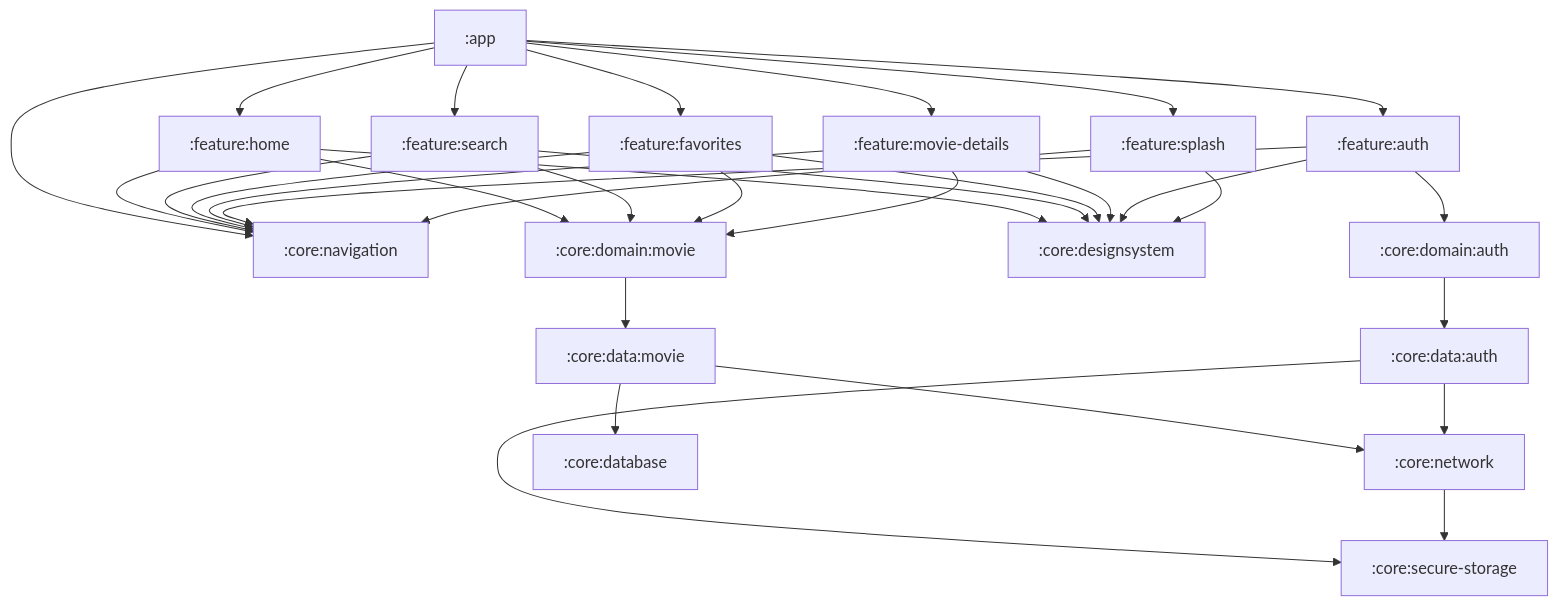
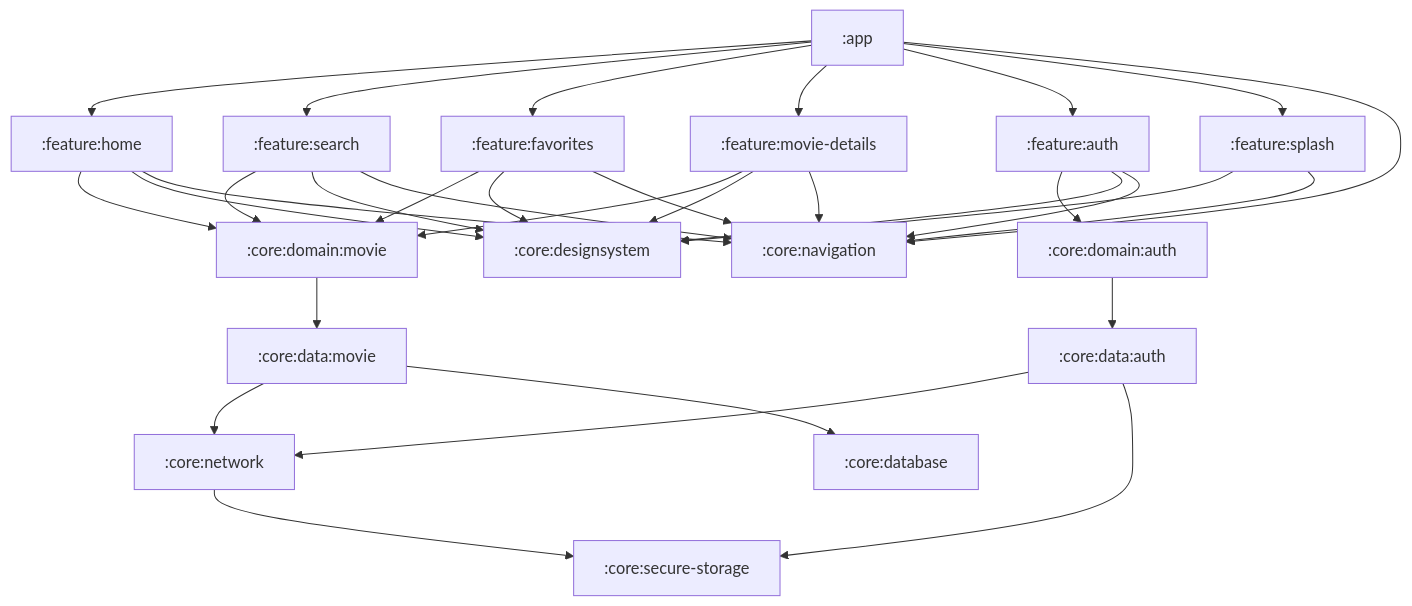
One commit to Amirnlz/nowinmovie changed the diagram in README.md. Above: the diagram before and after it, drawn with Mermaid. The commit also changed other lines of this file, not shown here.

Commit message:
Docs: enhance README with updated features, architecture overview, and contribution guidelines

````diff
--- a/README.md
+++ b/README.md
@@ -101,34 +106,34 @@
 ```mermaid
 graph TD
-  app[":app"] --> feature_home[":feature:home"]
-  app --> feature_search[":feature:search"]
-  app --> feature_favorites[":feature:favorites"]
-  app --> feature_movie_details[":feature:movie-details"]
-  app --> feature_auth[":feature:auth"]
-  app --> feature_splash[":feature:splash"]
-  app --> core_navigation[":core:navigation"]
-  feature_home --> core_domain_movie[":core:domain:movie"]
-  feature_home --> core_navigation
-  feature_home --> core_designsystem[":core:designsystem"]
-  feature_search --> core_domain_movie
-  feature_search --> core_navigation
-  feature_search --> core_designsystem
-  feature_favorites --> core_domain_movie
-  feature_favorites --> core_navigation
-  feature_favorites --> core_designsystem
-  feature_movie_details --> core_domain_movie
-  feature_movie_details --> core_navigation
-  feature_movie_details --> core_designsystem
-  feature_auth --> core_domain_auth[":core:domain:auth"]
-  feature_auth --> core_navigation
-  feature_auth --> core_designsystem
-  feature_splash --> core_navigation
-  feature_splash --> core_designsystem
-  core_domain_movie --> core_data_movie[":core:data:movie"]
-  core_domain_auth --> core_data_auth[":core:data:auth"]
-  core_data_movie --> core_network[":core:network"]
-  core_data_movie --> core_database[":core:database"]
-  core_data_auth --> core_network
-  core_data_auth --> core_secure_storage[":core:secure-storage"]
-  core_network --> core_secure_storage
+    app[":app"] --> feature_home[":feature:home"]
+    app --> feature_search[":feature:search"]
+    app --> feature_favorites[":feature:favorites"]
+    app --> feature_movie_details[":feature:movie-details"]
+    app --> feature_auth[":feature:auth"]
+    app --> feature_splash[":feature:splash"]
+    app --> core_navigation[":core:navigation"]
+    feature_home --> core_domain_movie[":core:domain:movie"]
+    feature_home --> core_designsystem[":core:designsystem"]
+    feature_home --> core_navigation
+    feature_search --> core_domain_movie
+    feature_search --> core_designsystem
+    feature_search --> core_navigation
+    feature_favorites --> core_domain_movie
+    feature_favorites --> core_designsystem
+    feature_favorites --> core_navigation
+    feature_movie_details --> core_domain_movie
+    feature_movie_details --> core_designsystem
+    feature_movie_details --> core_navigation
+    feature_auth --> core_domain_auth[":core:domain:auth"]
+    feature_auth --> core_designsystem
+    feature_auth --> core_navigation
+    feature_splash --> core_designsystem
+    feature_splash --> core_navigation
+    core_domain_movie --> core_data_movie[":core:data:movie"]
+    core_data_movie --> core_network[":core:network"]
+    core_data_movie --> core_database[":core:database"]
+    core_domain_auth --> core_data_auth[":core:data:auth"]
+    core_data_auth --> core_network
+    core_data_auth --> core_secure_storage[":core:secure-storage"]
+    core_network --> core_secure_storage
 ```
````
